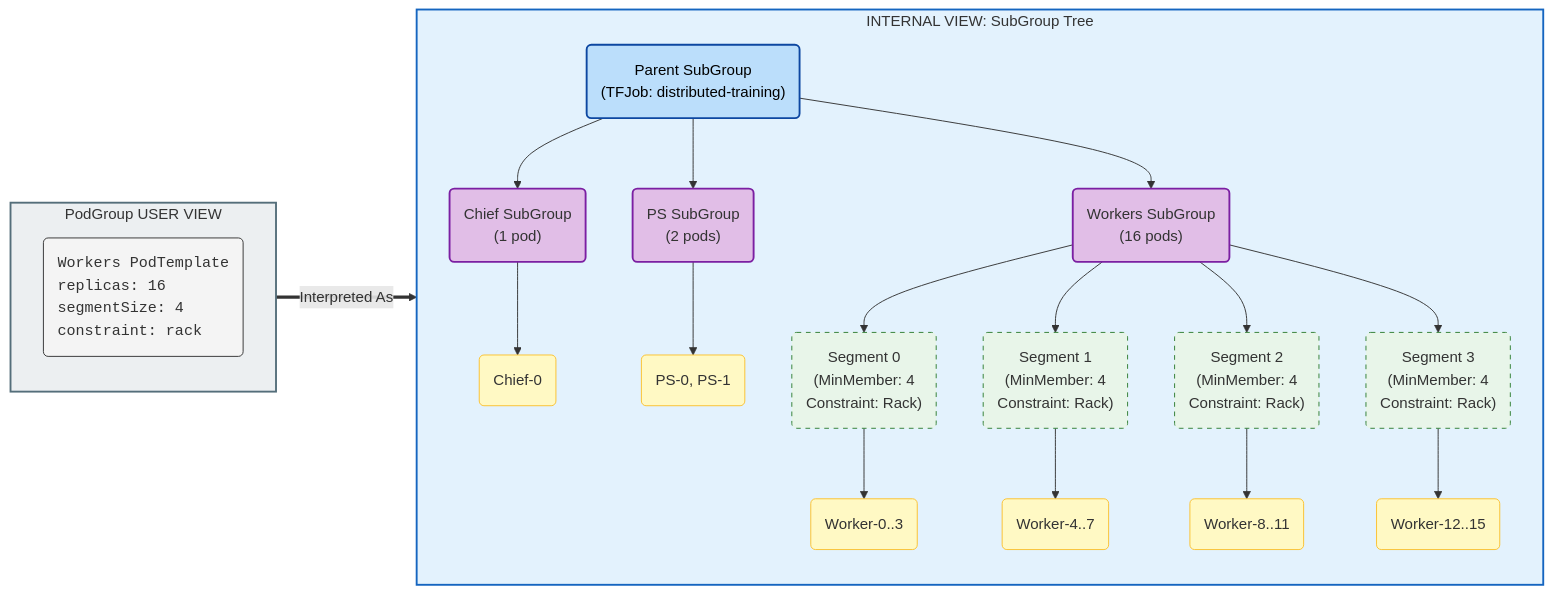
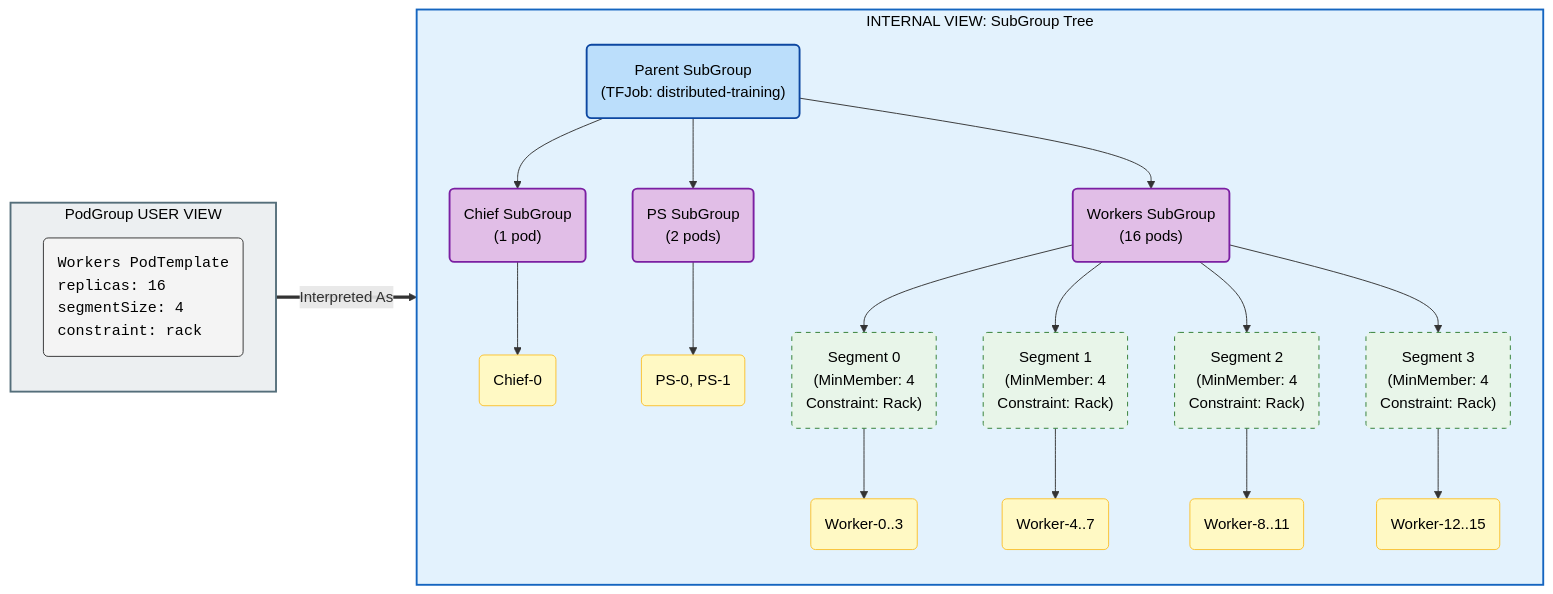
The diagram in docs/developer/designs/segmented-subgroups/README.md (NVIDIA/KAI-Scheduler), drawn with Mermaid before and after one commit. The commit also changed other lines of this file, not shown here.

Commit message:
PR fixes

````diff
--- a/docs/developer/designs/segmented-subgroups/README.md
+++ b/docs/developer/designs/segmented-subgroups/README.md
@@ -145,58 +145,58 @@
 ```mermaid
 graph LR
     %% === Styles ===
-    classDef yamlNode fill:#f4f4f4,stroke:#333,stroke-width:1px,font-family:monospace,text-align:left;
+    classDef yamlNode fill:#f4f4f4,stroke:#333,stroke-width:1px,font-family:monospace,text-align:left,color:#000;
     classDef rootNode fill:#bbdefb,stroke:#0d47a1,stroke-width:2px,color:#000;
-    classDef replicaNode fill:#e1bee7,stroke:#7b1fa2,stroke-width:2px;
-    classDef virtualNode fill:#e8f5e9,stroke:#2e7d32,stroke-width:1px,stroke-dasharray: 5 5;
-    classDef podNode fill:#fff9c4,stroke:#fbc02d,stroke-width:1px;
+    classDef replicaNode fill:#e1bee7,stroke:#7b1fa2,stroke-width:2px,color:#000;
+    classDef virtualNode fill:#e8f5e9,stroke:#2e7d32,stroke-width:1px,stroke-dasharray: 5 5,color:#000;
+    classDef podNode fill:#fff9c4,stroke:#fbc02d,stroke-width:1px,color:#000;
 
     %% === Left Container: User View ===
     subgraph UserView ["PodGroup USER VIEW"]
         direction TB
         yamlSpec("Workers PodTemplate<br/>replicas: 16<br/>segmentSize: 4<br/>constraint: rack"):::yamlNode
     end
 
     %% === Right Container: Internal State ===
     subgraph InternalView ["INTERNAL VIEW: SubGroup Tree"]
         direction TB
 
         RootSG("Parent SubGroup<br/>(TFJob: distributed-training)"):::rootNode
 
         %% Replica Type SubGroups
         ChiefSG("Chief SubGroup<br/>(1 pod)"):::replicaNode
         PSSG("PS SubGroup<br/>(2 pods)"):::replicaNode
         WorkerSG("Workers SubGroup<br/>(16 pods)"):::replicaNode
 
         %% Segment SubGroups (only under Workers)
         VS0("Segment 0<br/>(MinMember: 4<br/>Constraint: Rack)"):::virtualNode
         VS1("Segment 1<br/>(MinMember: 4<br/>Constraint: Rack)"):::virtualNode
         VS2("Segment 2<br/>(MinMember: 4<br/>Constraint: Rack)"):::virtualNode
         VS3("Segment 3<br/>(MinMember: 4<br/>Constraint: Rack)"):::virtualNode
 
         %% Pod Assignments
         ChiefPods("Chief-0"):::podNode
         PSPods("PS-0, PS-1"):::podNode
         Pods0("Worker-0..3"):::podNode
         Pods1("Worker-4..7"):::podNode
         Pods2("Worker-8..11"):::podNode
         Pods3("Worker-12..15"):::podNode
 
         %% Tree Connections
         RootSG --> ChiefSG & PSSG & WorkerSG
         ChiefSG --> ChiefPods
         PSSG --> PSPods
         WorkerSG --> VS0 & VS1 & VS2 & VS3
         VS0 --> Pods0
         VS1 --> Pods1
         VS2 --> Pods2
         VS3 --> Pods3
     end
 
     %% === Connection ===
     UserView == "Interpreted As" ==> WorkerSG
 
     %% Apply styles
-    style UserView fill:#eceff1,stroke:#546e7a,stroke-width:2px
-    style InternalView fill:#e3f2fd,stroke:#1565c0,stroke-width:2px
+    style UserView fill:#eceff1,stroke:#546e7a,stroke-width:2px,color:#000
+    style InternalView fill:#e3f2fd,stroke:#1565c0,stroke-width:2px,color:#000
 ```
````
